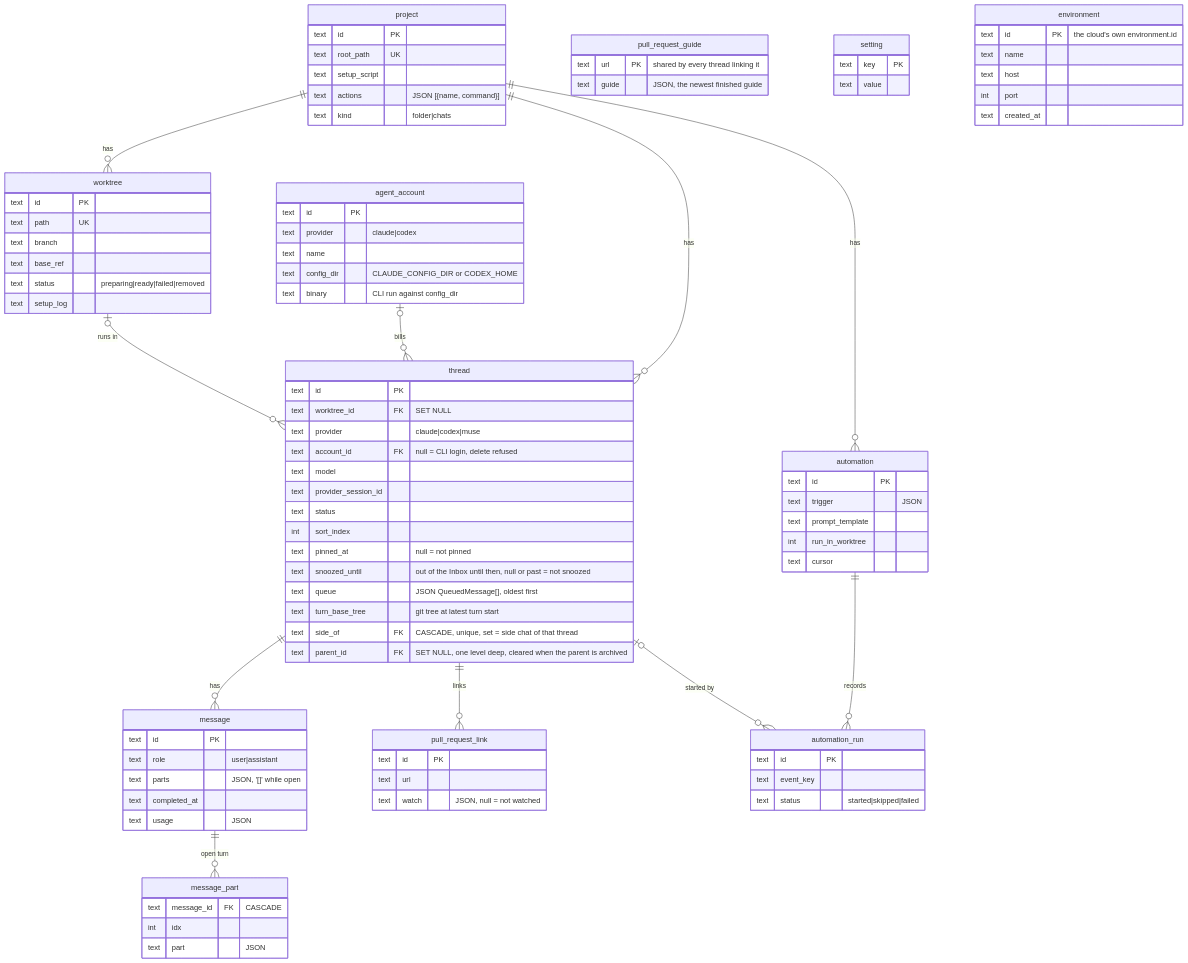
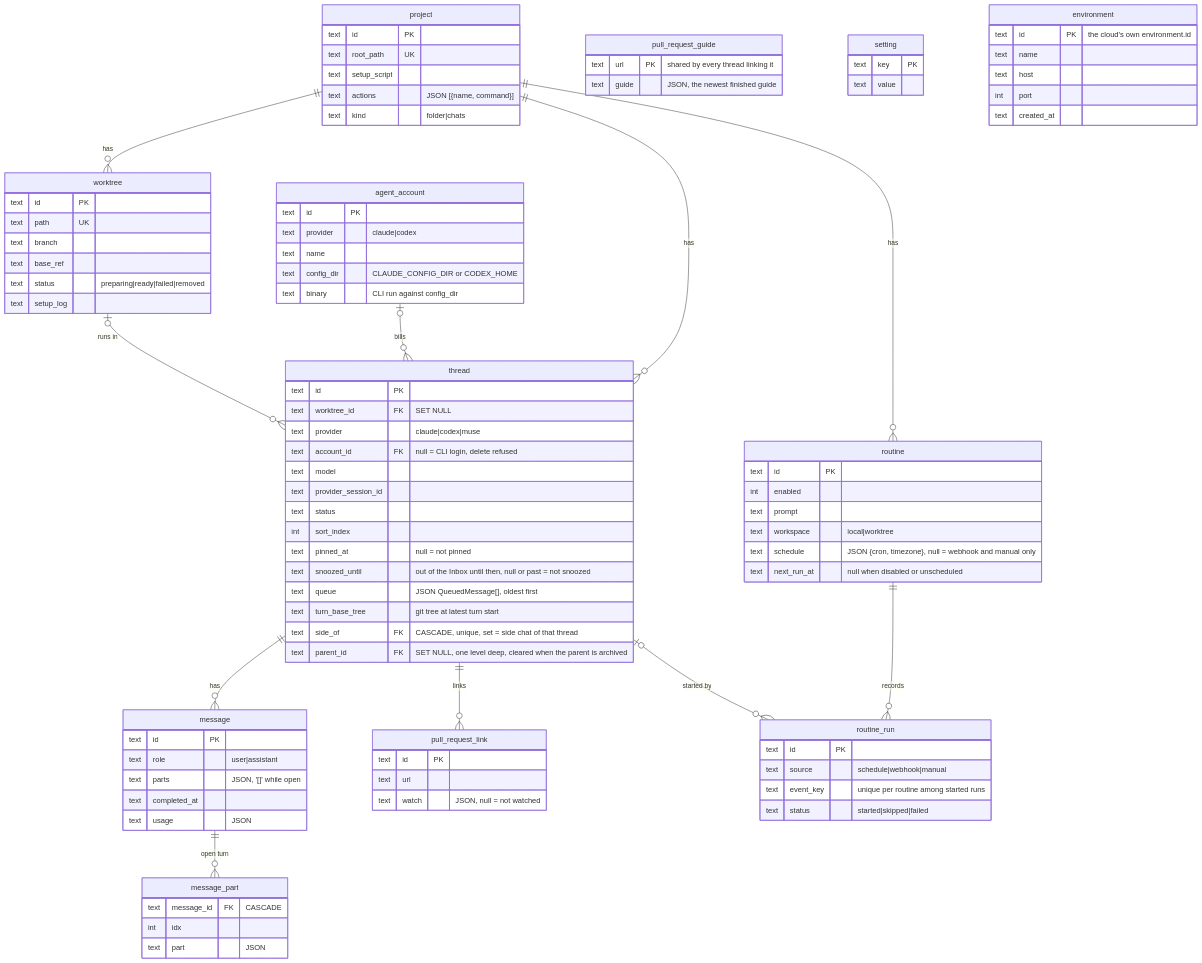
One commit to hinadev-ai/hinacode changed diagram 12 of 18 in docs/arch.md. Above: the diagram before and after it, drawn with Mermaid. The commit also changed other lines of this file and 84 other files, not shown here.

```diff
--- a/docs/arch.md
+++ b/docs/arch.md
@@ -409,13 +408,13 @@
 erDiagram
   project ||--o{ worktree : has
   project ||--o{ thread : has
-  project ||--o{ automation : has
+  project ||--o{ routine : has
   worktree |o--o{ thread : "runs in"
   thread ||--o{ message : has
   message ||--o{ message_part : "open turn"
   thread ||--o{ pull_request_link : links
-  automation ||--o{ automation_run : records
-  thread |o--o{ automation_run : "started by"
+  routine ||--o{ routine_run : records
+  thread |o--o{ routine_run : "started by"
   agent_account |o--o{ thread : "bills"
 
   project {
@@ -461,12 +460,13 @@
     int idx
     text part "JSON"
   }
-  automation {
+  routine {
     text id PK
-    text trigger "JSON"
-    text prompt_template
-    int run_in_worktree
-    text cursor
+    int enabled
+    text prompt
+    text workspace "local|worktree"
+    text schedule "JSON {cron, timezone}, null = webhook and manual only"
+    text next_run_at "null when disabled or unscheduled"
   }
   pull_request_link {
     text id PK
@@ -477,9 +477,10 @@
     text url PK "shared by every thread linking it"
     text guide "JSON, the newest finished guide"
   }
-  automation_run {
+  routine_run {
     text id PK
-    text event_key
+    text source "schedule|webhook|manual"
+    text event_key "unique per routine among started runs"
     text status "started|skipped|failed"
   }
   setting {
```
